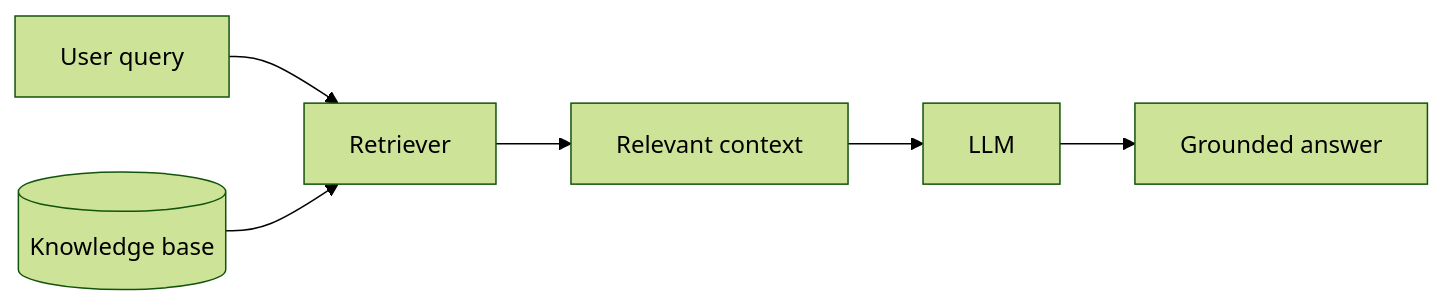
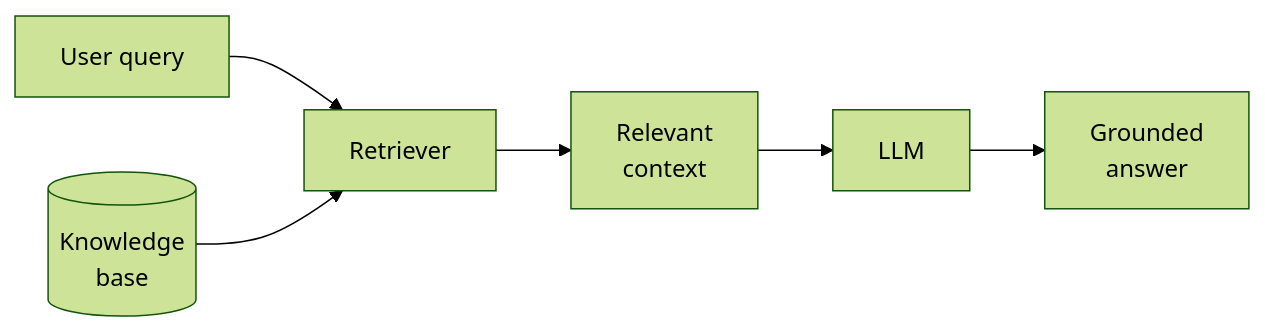
One commit to ajay-nikumbh/RAG-From-Basics-to-Production changed the first of 2 diagrams in README.md. Above: the diagram before and after it, drawn with Mermaid (forest theme). The commit also changed other lines of this file and 38 other files, not shown here.

First line of the commit message:
Group root README by pattern, widen tables, wrap diagram labels

````diff
--- a/README.md
+++ b/README.md
@@ -17,5 +23,5 @@
 ```mermaid
 flowchart LR
-    Q[User query] --> R[Retriever] --> C[Relevant context] --> L[LLM] --> A[Grounded answer]
-    K[(Knowledge base)] --> R
+    Q[User query] --> R[Retriever] --> C[Relevant<br/>context] --> L[LLM] --> A[Grounded<br/>answer]
+    K[(Knowledge<br/>base)] --> R
 ```
````
